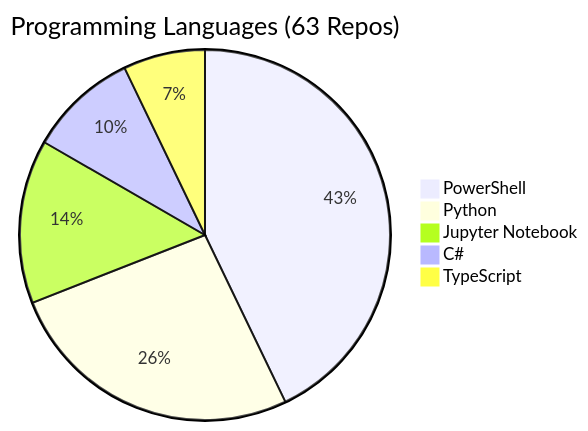
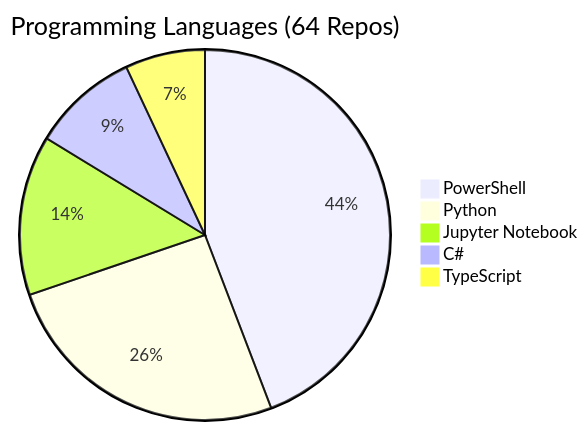
One commit to fabioc-aloha/fabioc-aloha changed the diagram in REPOS.md. Above: the diagram before and after it, drawn with Mermaid. The commit also changed other lines of this file and 1 other file, not shown here.

````diff
--- a/REPOS.md
+++ b/REPOS.md
@@ -106,8 +107,8 @@
 ```mermaid
-pie title Programming Languages (63 Repos)
-    "PowerShell" : 18
+pie title Programming Languages (64 Repos)
+    "PowerShell" : 19
     "Python" : 11
     "Jupyter Notebook" : 6
     "C#" : 4
     "TypeScript" : 3
 ```
````
